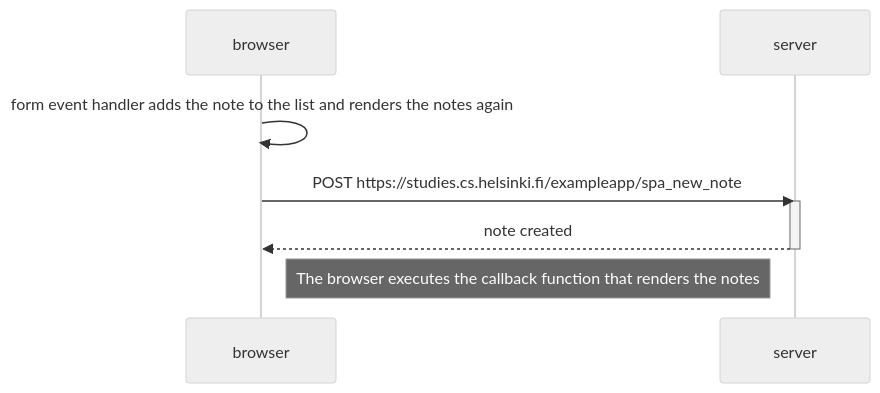
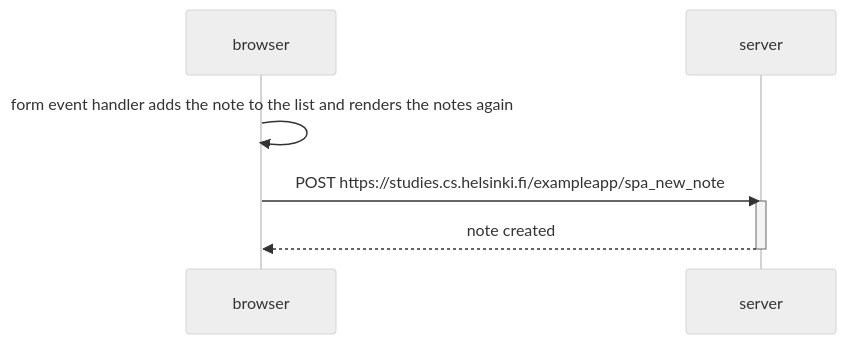
Before and after one commit to vqhqu/fullstackopen: the diagram in osa0/6 uusi muistiinpano.md, drawn with Mermaid (neutral theme).

Commit message:
remove note

````diff
--- a/osa0/6 uusi muistiinpano.md
+++ b/osa0/6 uusi muistiinpano.md
@@ -2,13 +2,12 @@
 ```mermaid
 sequenceDiagram
     participant browser
     participant server
 
     browser->>browser: form event handler adds the note to the list and renders the notes again
     browser->>server: POST https://studies.cs.helsinki.fi/exampleapp/spa_new_note
     activate server
     server-->>browser: note created 
     deactivate server
     activate server 
-    Note right of browser: The browser executes the callback function that renders the notes 
 ```
````
